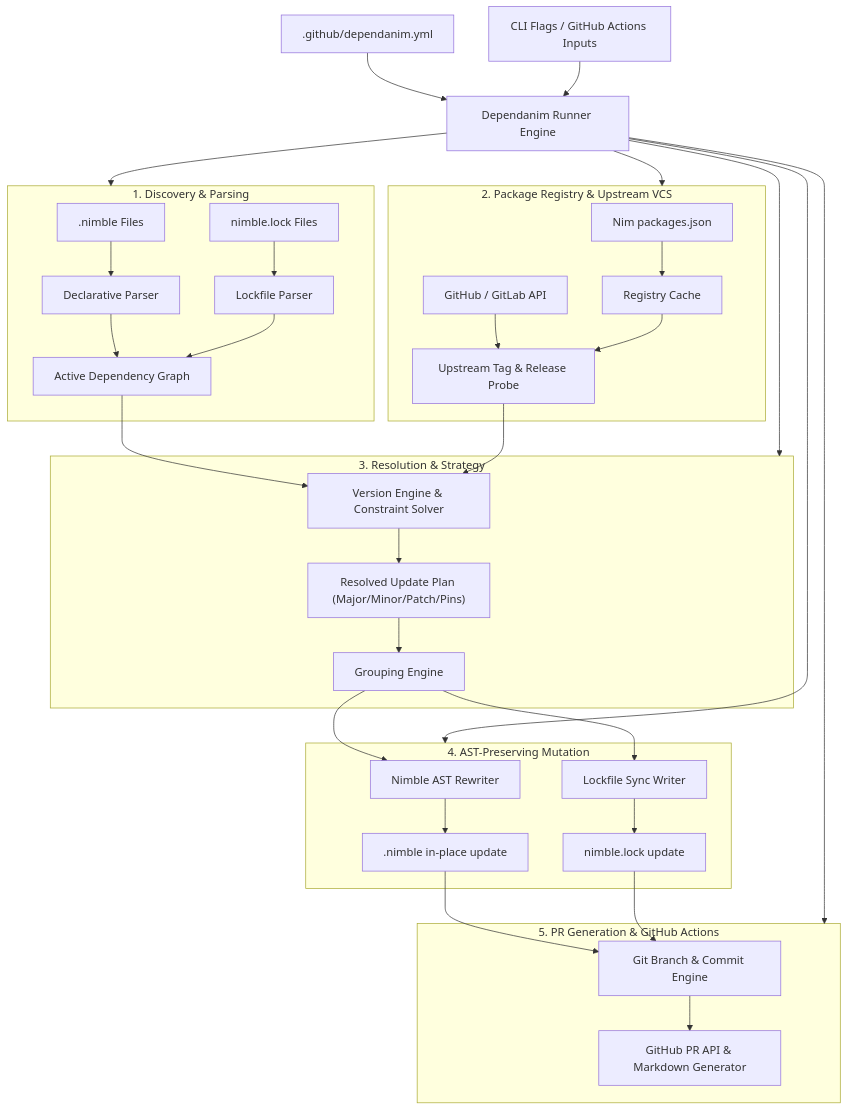
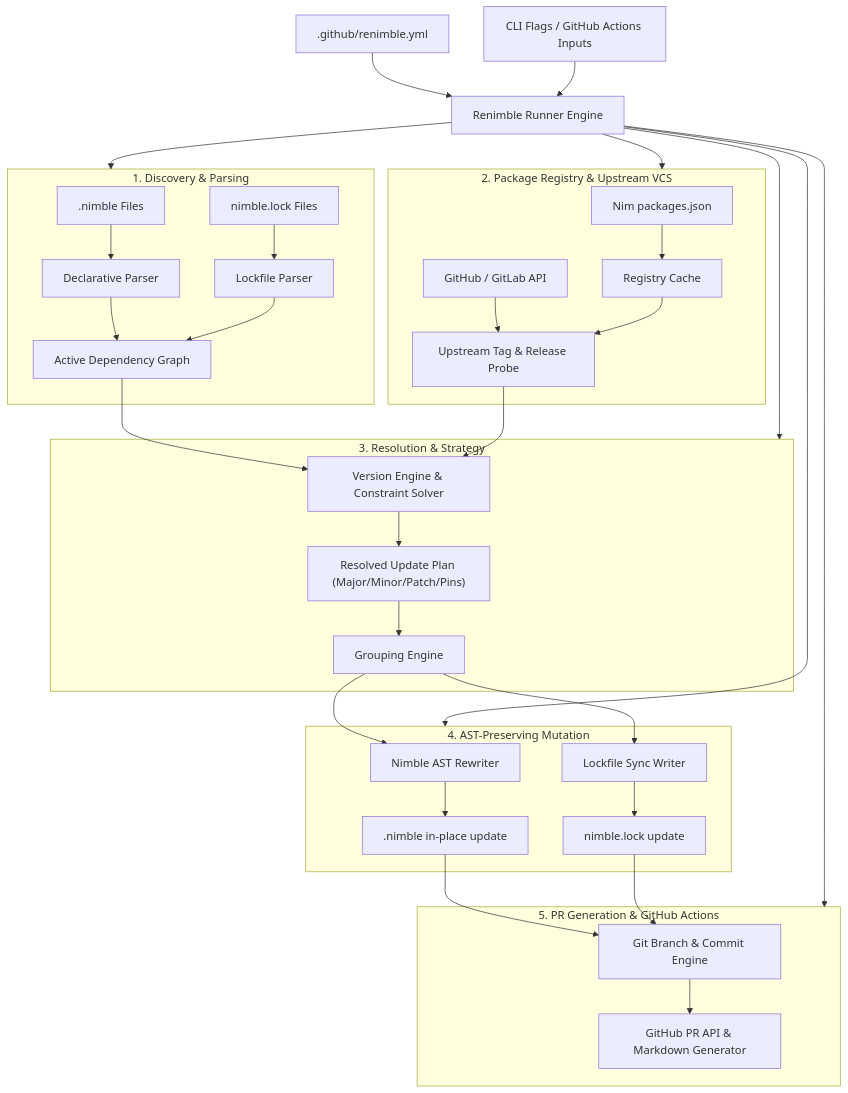
The diagram in docs/SPEC.md (elijahr/renimble), drawn with Mermaid before and after one commit. The commit also changed other lines of this file and 30 other files, not shown here.

Commit message:
refactor: rename project from dependanim to renimble across packages, modules, tests, and CI

````diff
--- a/docs/SPEC.md
+++ b/docs/SPEC.md
@@ -25,44 +25,44 @@
 ```mermaid
 flowchart TD
-    Config[".github/dependanim.yml"] --> Runner["Dependanim Runner Engine"]
+    Config[".github/renimble.yml"] --> Runner["Renimble Runner Engine"]
     CLI["CLI Flags / GitHub Actions Inputs"] --> Runner
     
     subgraph Discovery["1. Discovery & Parsing"]
         NimbleFile[".nimble Files"] --> DeclParser["Declarative Parser"]
         LockFile["nimble.lock Files"] --> LockParser["Lockfile Parser"]
         DeclParser --> DepGraph["Active Dependency Graph"]
         LockParser --> DepGraph
     end
     
     subgraph Registry["2. Package Registry & Upstream VCS"]
         NimRegistry["Nim packages.json"] --> RegCache["Registry Cache"]
         GitHubAPI["GitHub / GitLab API"] --> Upstream["Upstream Tag & Release Probe"]
         RegCache --> Upstream
     end
     
     subgraph Engine["3. Resolution & Strategy"]
         DepGraph --> Solver["Version Engine & Constraint Solver"]
         Upstream --> Solver
         Solver --> UpdatePlan["Resolved Update Plan (Major/Minor/Patch/Pins)"]
         UpdatePlan --> Grouping["Grouping Engine"]
     end
     
     subgraph Mutator["4. AST-Preserving Mutation"]
         Grouping --> Rewriter["Nimble AST Rewriter"]
         Grouping --> LockWriter["Lockfile Sync Writer"]
         Rewriter --> ModNimble[".nimble in-place update"]
         LockWriter --> ModLock["nimble.lock update"]
     end
     
     subgraph Distribution["5. PR Generation & GitHub Actions"]
         ModNimble --> GitOps["Git Branch & Commit Engine"]
         ModLock --> GitOps
         GitOps --> GitHubPR["GitHub PR API & Markdown Generator"]
     end
     
     Runner --> Discovery
     Runner --> Registry
     Runner --> Engine
     Runner --> Mutator
     Runner --> Distribution
 ```
````
